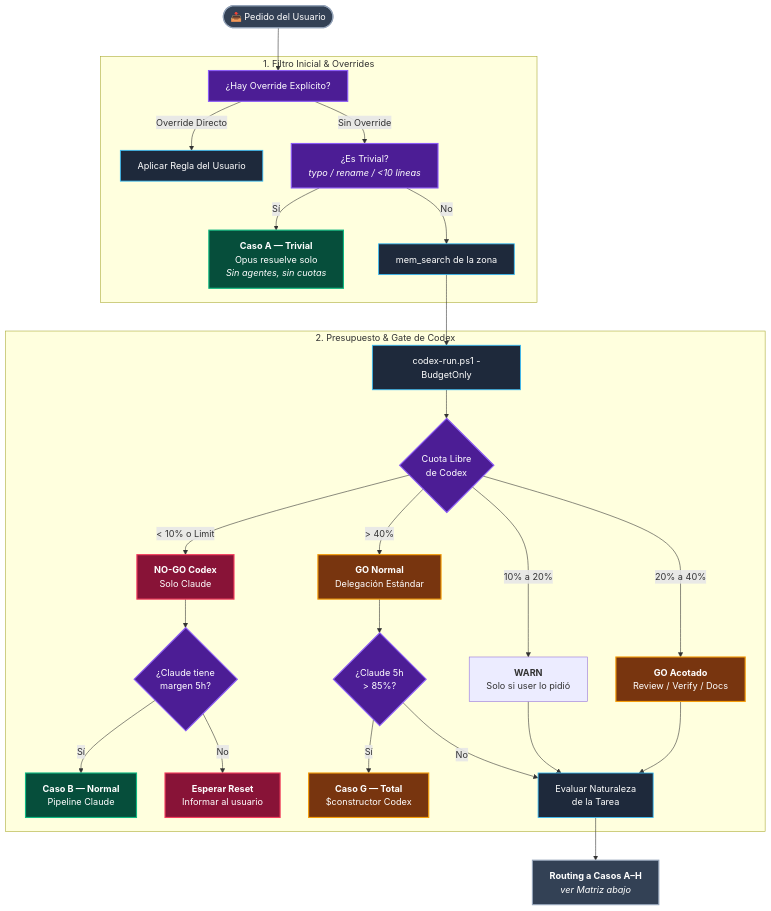
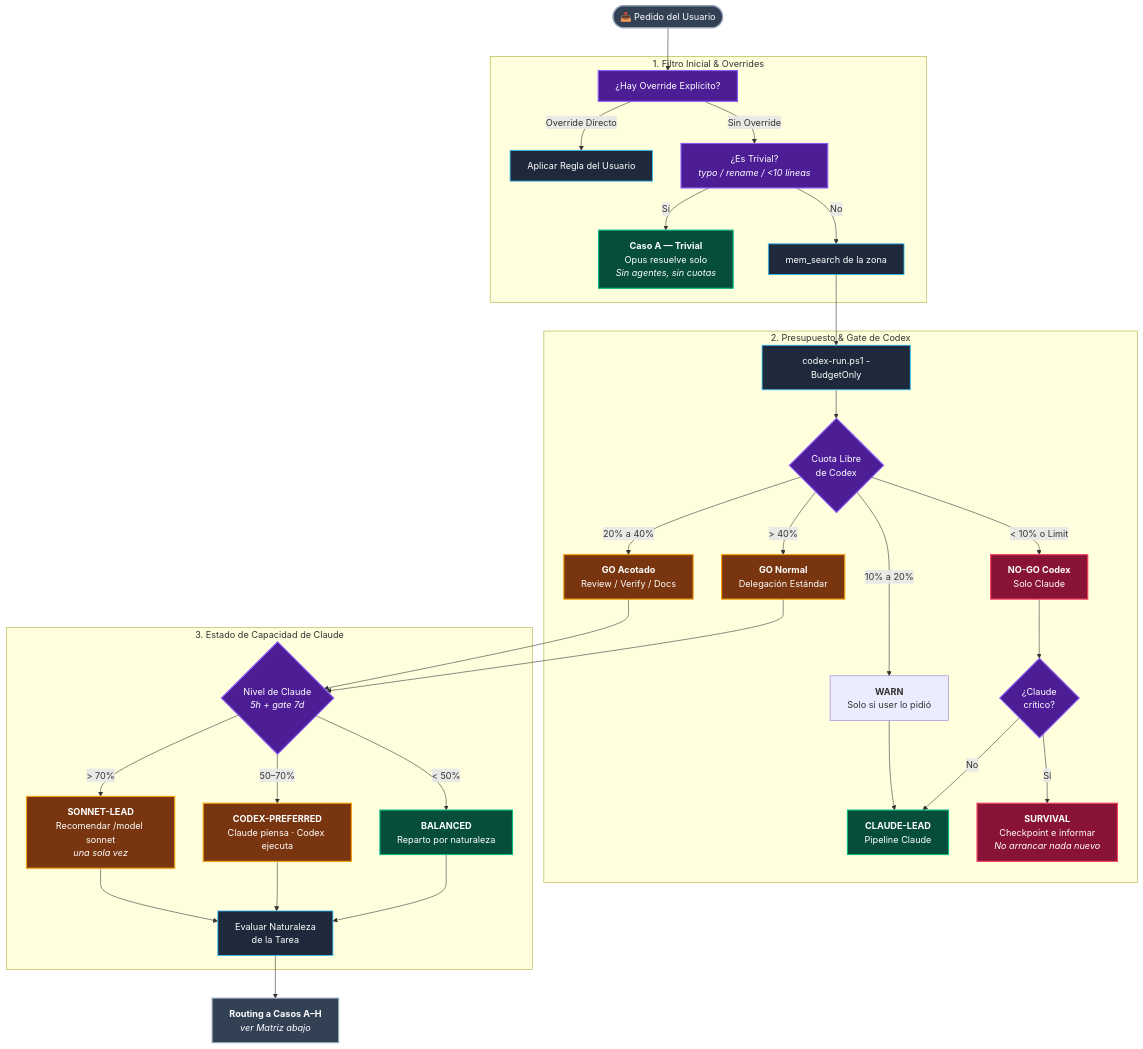
The second of 4 diagrams in docs/SYSTEM.md (Javier12301/ClaudeGPT), drawn with Mermaid before and after one commit. The commit also changed other lines of this file and 14 other files, not shown here.

Commit message:
feature claude orquesta codex

````diff
--- a/docs/SYSTEM.md
+++ b/docs/SYSTEM.md
@@ -391,48 +449,55 @@
 ```mermaid
 flowchart TD
     REQ([📥 Pedido del Usuario]) --> OVR["¿Hay Override Explícito?"]
 
     subgraph PHASE1["1. Filtro Inicial & Overrides"]
         OVR -->|Override Directo| PROC["Aplicar Regla del Usuario"]
         OVR -->|Sin Override| TRIV["¿Es Trivial?<br/><i>typo / rename / &lt;10 líneas</i>"]
         TRIV -->|Sí| CASO_A["<b>Caso A — Trivial</b><br/>Opus resuelve solo<br/><i>Sin agentes, sin cuotas</i>"]
         TRIV -->|No| MEM["mem_search de la zona"]
     end
 
     MEM --> BUD["codex-run.ps1 -BudgetOnly"]
 
     subgraph PHASE2["2. Presupuesto & Gate de Codex"]
         BUD --> GATE{"Cuota Libre<br/>de Codex"}
         GATE -->|"< 10% o Limit"| NOGO["<b>NO-GO Codex</b><br/>Solo Claude"]
         GATE -->|"10% a 20%"| WARN["<b>WARN</b><br/>Solo si user lo pidió"]
         GATE -->|"20% a 40%"| PART["<b>GO Acotado</b><br/>Review / Verify / Docs"]
         GATE -->|"> 40%"| FULL["<b>GO Normal</b><br/>Delegación Estándar"]
 
-        NOGO --> CLQ{"¿Claude tiene<br/>margen 5h?"}
-        CLQ -->|Sí| CASO_B["<b>Caso B — Normal</b><br/>Pipeline Claude"]
-        CLQ -->|No| WAIT["<b>Esperar Reset</b><br/>Informar al usuario"]
-
-        FULL --> CLP{"¿Claude 5h<br/>> 85%?"}
-        CLP -->|Sí| CASO_G["<b>Caso G — Total</b><br/>$constructor Codex"]
-        CLP -->|No| NAT_EVAL["Evaluar Naturaleza<br/>de la Tarea"]
+        NOGO --> CLQ{"¿Claude<br/>crítico?"}
+        CLQ -->|No| CASO_B["<b>CLAUDE-LEAD</b><br/>Pipeline Claude"]
+        CLQ -->|Sí| WAIT["<b>SURVIVAL</b><br/>Checkpoint e informar<br/><i>No arrancar nada nuevo</i>"]
     end
 
-    WARN --> NAT_EVAL
-    PART --> NAT_EVAL
+    subgraph PHASE3["3. Estado de Capacidad de Claude"]
+        FULL --> LVL{"Nivel de Claude<br/><i>5h + gate 7d</i>"}
+        PART --> LVL
+        LVL -->|"< 50%"| BAL["<b>BALANCED</b><br/>Reparto por naturaleza"]
+        LVL -->|"50–70%"| PREF["<b>CODEX-PREFERRED</b><br/>Claude piensa · Codex ejecuta"]
+        LVL -->|"> 70%"| SON["<b>SONNET-LEAD</b><br/>Recomendar /model sonnet<br/><i>una sola vez</i>"]
+
+        BAL --> NAT_EVAL["Evaluar Naturaleza<br/>de la Tarea"]
+        PREF --> NAT_EVAL
+        SON --> NAT_EVAL
+    end
+
+    WARN --> CASO_B
 
     NAT_EVAL --> ROUTE["<b>Routing a Casos A–H</b><br/><i>ver Matriz abajo</i>"]
 
     classDef io fill:#334155,stroke:#94a3b8,stroke-width:2px,color:#ffffff
     classDef gate fill:#4c1d95,stroke:#8b5cf6,stroke-width:2px,color:#ffffff
     classDef soloClaude fill:#064e3b,stroke:#10b981,stroke-width:2px,color:#ffffff
     classDef conCodex fill:#78350f,stroke:#f59e0b,stroke-width:2px,color:#ffffff
     classDef stop fill:#881337,stroke:#f43f5e,stroke-width:2px,color:#ffffff
     classDef step fill:#1e293b,stroke:#38bdf8,stroke-width:1.5px,color:#ffffff
 
     class REQ,ROUTE io
-    class OVR,TRIV,GATE,CLQ,CLP gate
-    class CASO_A,CASO_B soloClaude
-    class PART,FULL,CASO_G conCodex
+    class OVR,TRIV,GATE,CLQ,LVL gate
+    class CASO_A,CASO_B,BAL soloClaude
+    class PART,FULL,PREF,SON conCodex
     class NOGO,WAIT stop
     class PROC,MEM,BUD,NAT_EVAL step
 ```
````
